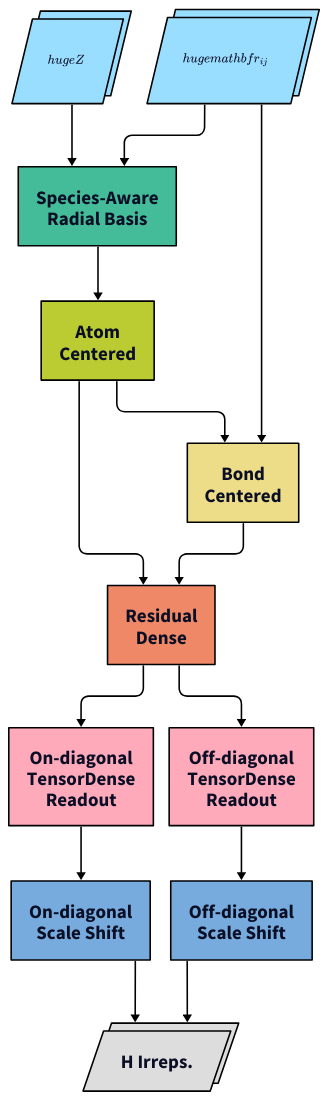
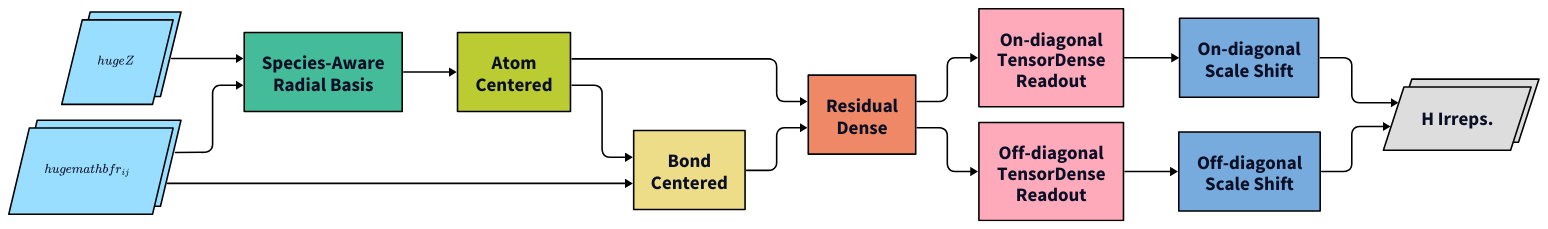
The diagram in architecture_figures/0_overview.d2 (SamsungDS/gears_h), drawn with D2 before and after one commit. The commit also changed 5 other files, not shown here.

```diff
--- a/architecture_figures/0_overview.d2
+++ b/architecture_figures/0_overview.d2
@@ -1,112 +1,112 @@
-# direction: right
+direction: right
 vars: {
   d2-config: {
     layout-engine: elk
     # theme-id: 200
-    pad: 10
+    pad: 40
   }
 }
 
 z: {
   label: ""
   equation: |latex
     \huge{Z}
   |
   class: input
 }
 r: {label: ""
     equation: |latex
         \huge{\mathbf{r}_{ij}}
     |
     class: input
 }
 
 sarb: Species-Aware\nRadial Basis {class: sarb}
 ac: Atom\nCentered {class: ac}
 bc: Bond\nCentered {class: bc}
 rd: Residual\nDense {class: rd}
 ondro: On-diagonal\nTensorDense\nReadout {class: ro}
 offdro: Off-diagonal\nTensorDense\nReadout {class: ro}
 onscsh: On-diagonal\nScale Shift {class: scaleshift}
 offscsh: Off-diagonal\nScale Shift {class: scaleshift}
 outs: H Irreps. {class: outs}
 
 ac -> rd: {style: {stroke: "#000000"}}
 z -> sarb -> ac -> bc -> rd: {style: {stroke: "#000000"}}
 r -> sarb: {style: {stroke: "#000000"}}
 r -> bc: {style: {stroke: "#000000"}}
 rd -> ondro -> onscsh -> outs: {style: {stroke: "#000000"}}
 rd -> offdro -> offscsh -> outs: {style: {stroke: "#000000"}}
 
 classes: {
   empty: {
     label: ""
     width: 50
     height: 50
     style: {
       fill: transparent
       stroke: transparent
     }
   }
   sarb: {
     style: {
       fill: "#44BB99"
       stroke: "#000000"
       font-size: 24
     }
   }
   ac: {
     style: {
       fill: "#BBCC33"
       stroke: "#000000"
       font-size: 24
     }
   }
   bc: {
     style: {
       fill: "#EEDD88"
       stroke: "#000000"
       font-size: 24
     }
   }
   rd: {
     style: {
       fill: "#EE8866"
       stroke: "#000000"
       font-size: 24
     }
   }
   ro: {
     style: {
       fill: "#FFAABB"
       stroke: "#000000"
       font-size: 24
     }
   }
   scaleshift: {
     style: {
       fill: "#77AADD"
       stroke: "#000000"
       font-size: 24
     }
   }
   outs: {
     style: {
       fill: "#DDDDDD"
       stroke: "#000000"
       multiple: true
       font-size: 24
     }
     shape: parallelogram
   }
   input: {
     width: 50
     height: 50
     shape: parallelogram
     style: {
       fill: "#99DDFF"
       stroke: "#000000"
       multiple: true
     }
   }
 }
```
